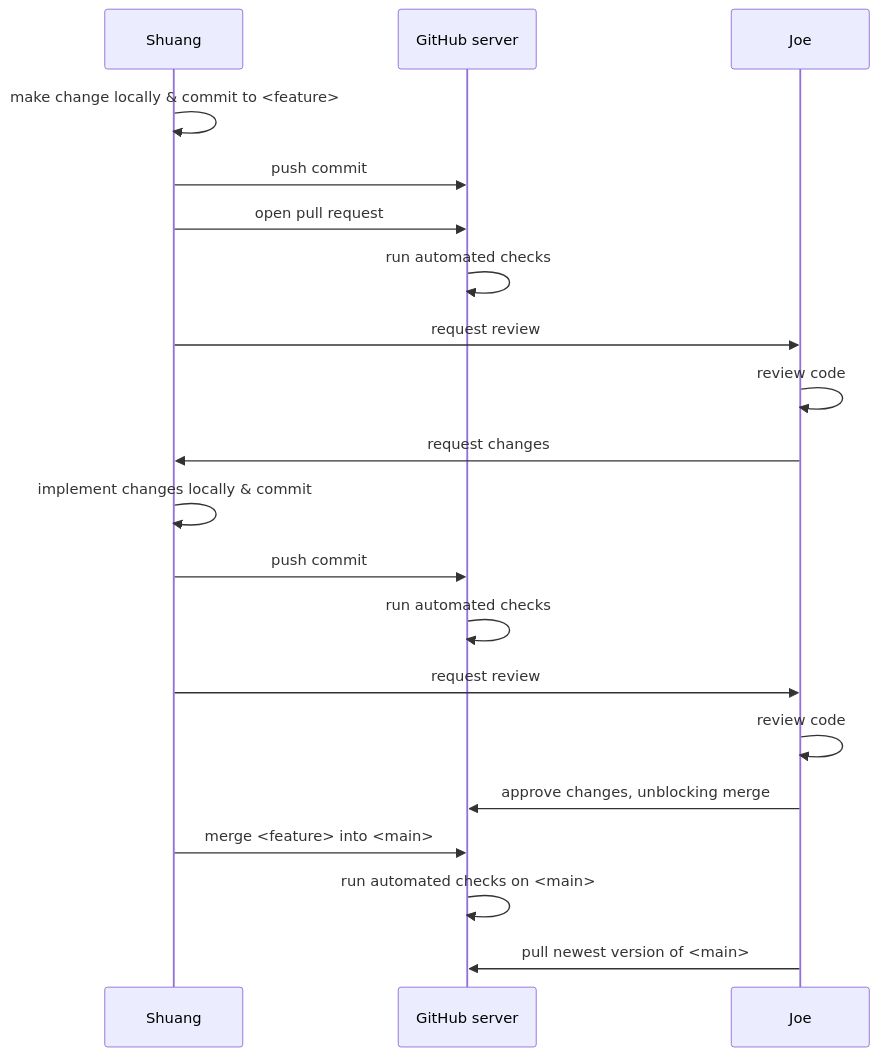
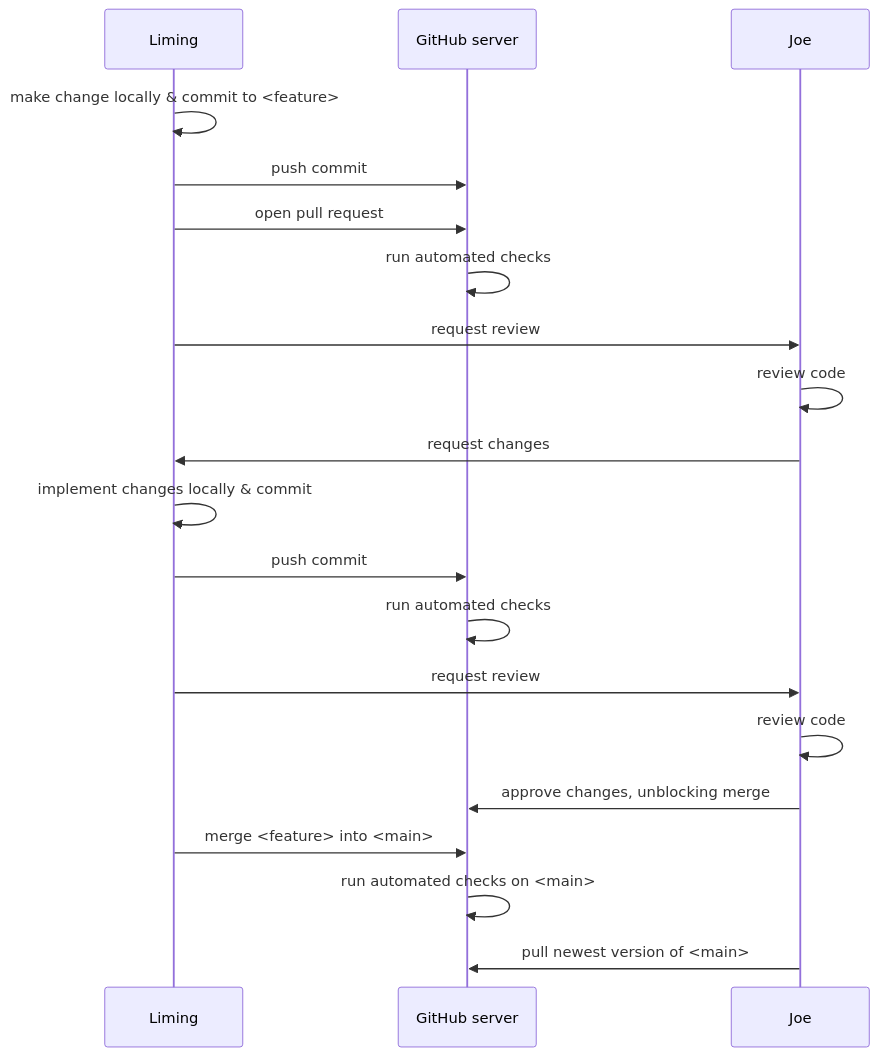
Before and after one commit to pharmarug/pharmasug2025-r-workshop: the sixth of 6 diagrams in slides/05_collaboration.qmd, drawn with Mermaid. The commit also changed other lines of this file and 7 other files, not shown here.

````diff
--- a/slides/05_collaboration.qmd
+++ b/slides/05_collaboration.qmd
@@ -322,22 +322,22 @@
 ```{mermaid}
 sequenceDiagram
-    participant S as Shuang
+    participant S as Liming
     participant GH as GitHub server
     participant J as Joe
     S->>S: make change locally & commit to <feature>
     S->>GH: push commit
     S->>GH: open pull request
     GH->>GH: run automated checks
     S->>J: request review
     J->>J: review code
     J->>S: request changes
     S->>S: implement changes locally & commit
     S->>GH: push commit
     GH->>GH: run automated checks
     S->>J: request review
     J->>J: review code
     J->>GH: approve changes, unblocking merge
     S->>GH: merge <feature> into <main>
     GH->>GH: run automated checks on <main>
     J->>GH: pull newest version of <main>
 ```
````
